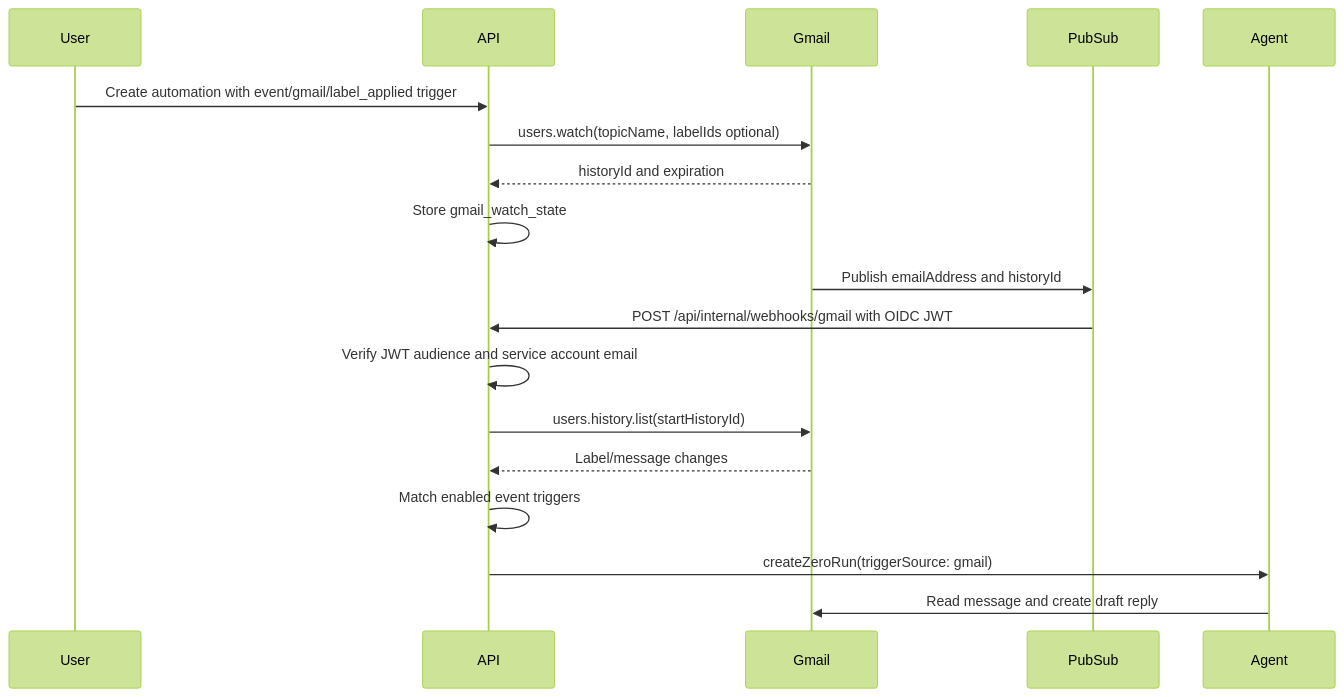
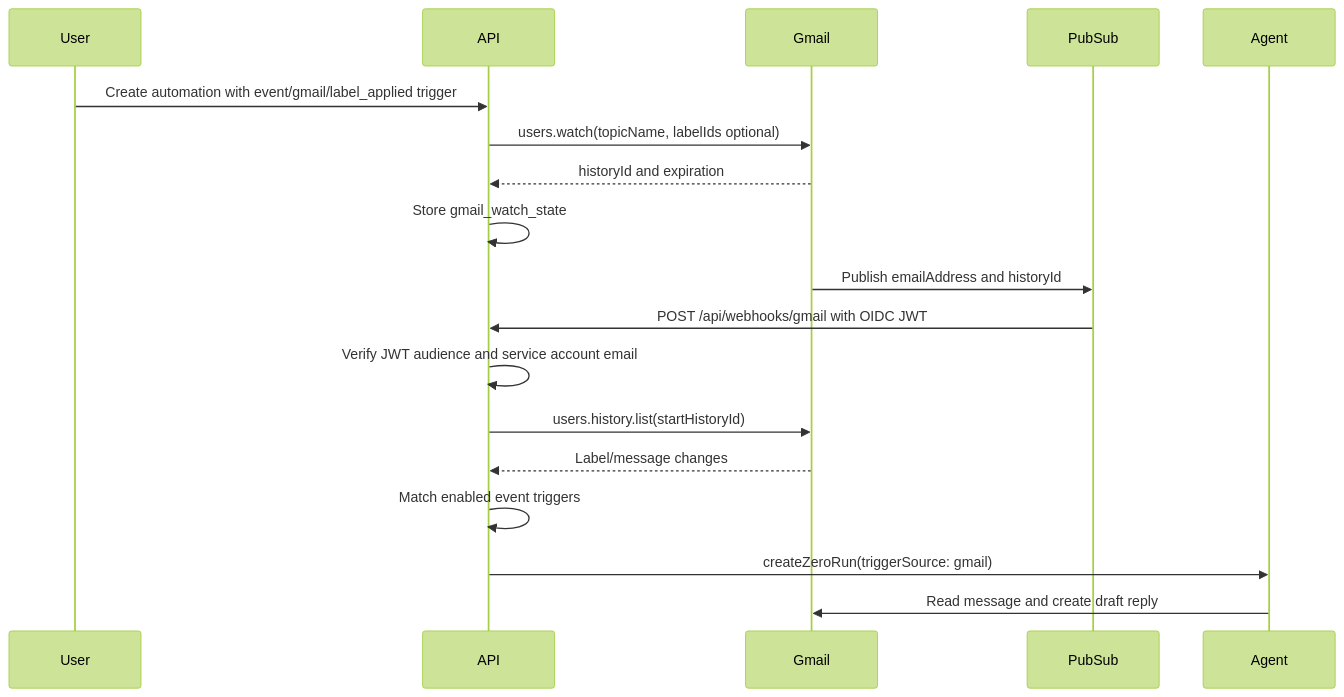
Before and after one commit to vm0-ai/vm0: the diagram in docs/gmail-label-event-trigger-plan.md, drawn with Mermaid (forest theme). The commit also changed other lines of this file and 4 other files, not shown here.

````diff
--- a/docs/gmail-label-event-trigger-plan.md
+++ b/docs/gmail-label-event-trigger-plan.md
@@ -293,21 +299,21 @@
 ```mermaid
 sequenceDiagram
   participant User
   participant API
   participant Gmail
   participant PubSub
   participant Agent
 
   User->>API: Create automation with event/gmail/label_applied trigger
   API->>Gmail: users.watch(topicName, labelIds optional)
   Gmail-->>API: historyId and expiration
   API->>API: Store gmail_watch_state
   Gmail->>PubSub: Publish emailAddress and historyId
-  PubSub->>API: POST /api/internal/webhooks/gmail with OIDC JWT
+  PubSub->>API: POST /api/webhooks/gmail with OIDC JWT
   API->>API: Verify JWT audience and service account email
   API->>Gmail: users.history.list(startHistoryId)
   Gmail-->>API: Label/message changes
   API->>API: Match enabled event triggers
   API->>Agent: createZeroRun(triggerSource: gmail)
   Agent->>Gmail: Read message and create draft reply
 ```
````
